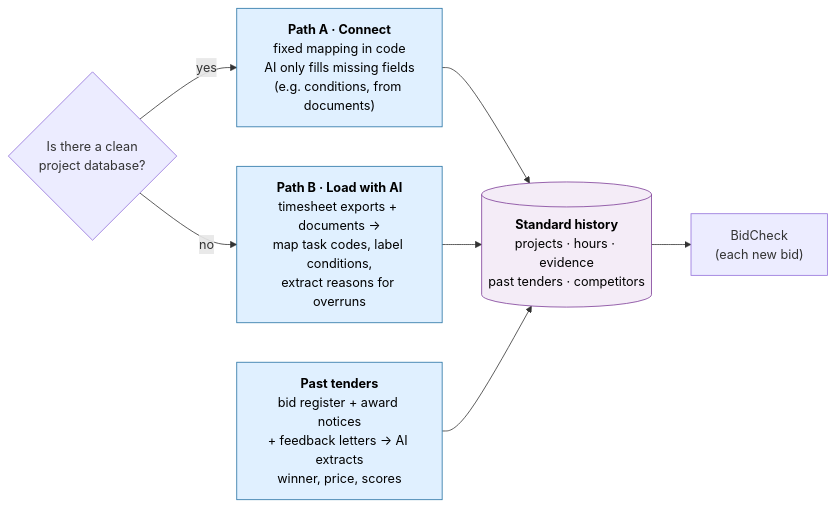
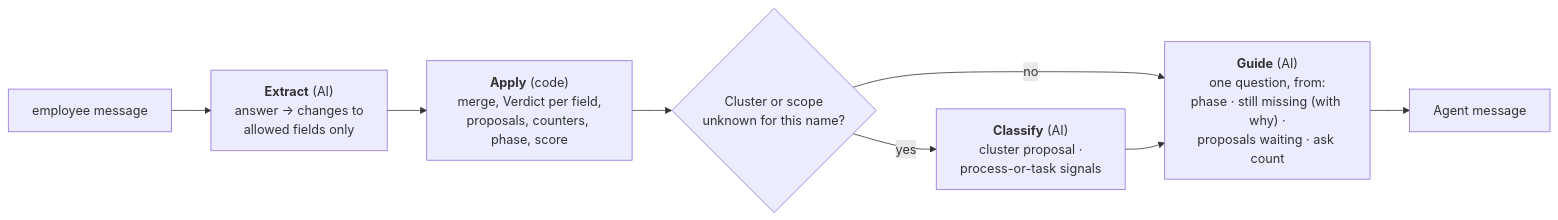
One commit to L-Neur0/northstar-agentic-ops changed the third of 3 diagrams in docs/01-use-case/use-case.md. Above: the diagram before and after it, drawn with Mermaid. The commit also changed other lines of this file and 340 other files, not shown here.

````diff
--- a/docs/01-use-case/use-case.md
+++ b/docs/01-use-case/use-case.md
@@ -303,15 +799,10 @@
 ```mermaid
 flowchart LR
-    Q{"Is there a clean<br/>project database?"}
-    Q -- "yes" --> A["<b>Path A · Connect</b><br/>fixed mapping in code<br/>AI only fills missing fields<br/>(e.g. conditions, from documents)"]
-    Q -- "no" --> B["<b>Path B · Load with AI</b><br/>timesheet exports + documents →<br/>map task codes, label conditions,<br/>extract reasons for overruns"]
-    A --> S[("<b>Standard history</b><br/>projects · hours · evidence<br/>past tenders · competitors")]
-    B --> S
-    TH["<b>Past tenders</b><br/>bid register + award notices<br/>+ feedback letters → AI extracts<br/>winner, price, scores"] --> S
-    S --> T["BidCheck<br/>(each new bid)"]
-
-    classDef path fill:#e0f0ff,stroke:#2471a3,color:#000;
-    classDef data fill:#f4ecf7,stroke:#7d3c98,color:#000;
-    class A,B,TH path;
-    class S data;
+    IN["employee message"] --> A["<b>Extract</b> (AI)<br/>answer → changes to<br/>allowed fields only"]
+    A --> M["<b>Apply</b> (code)<br/>merge, Verdict per field,<br/>proposals, counters, phase, score"]
+    M --> Q{"Cluster or scope<br/>unknown for this name?"}
+    Q -- "yes" --> E["<b>Classify</b> (AI)<br/>cluster proposal ·<br/>process-or-task signals"]
+    Q -- "no" --> B
+    E --> B["<b>Guide</b> (AI)<br/>one question, from:<br/>phase · still missing (with why) ·<br/>proposals waiting · ask count"]
+    B --> OUT["Agent message"]
 ```
````
